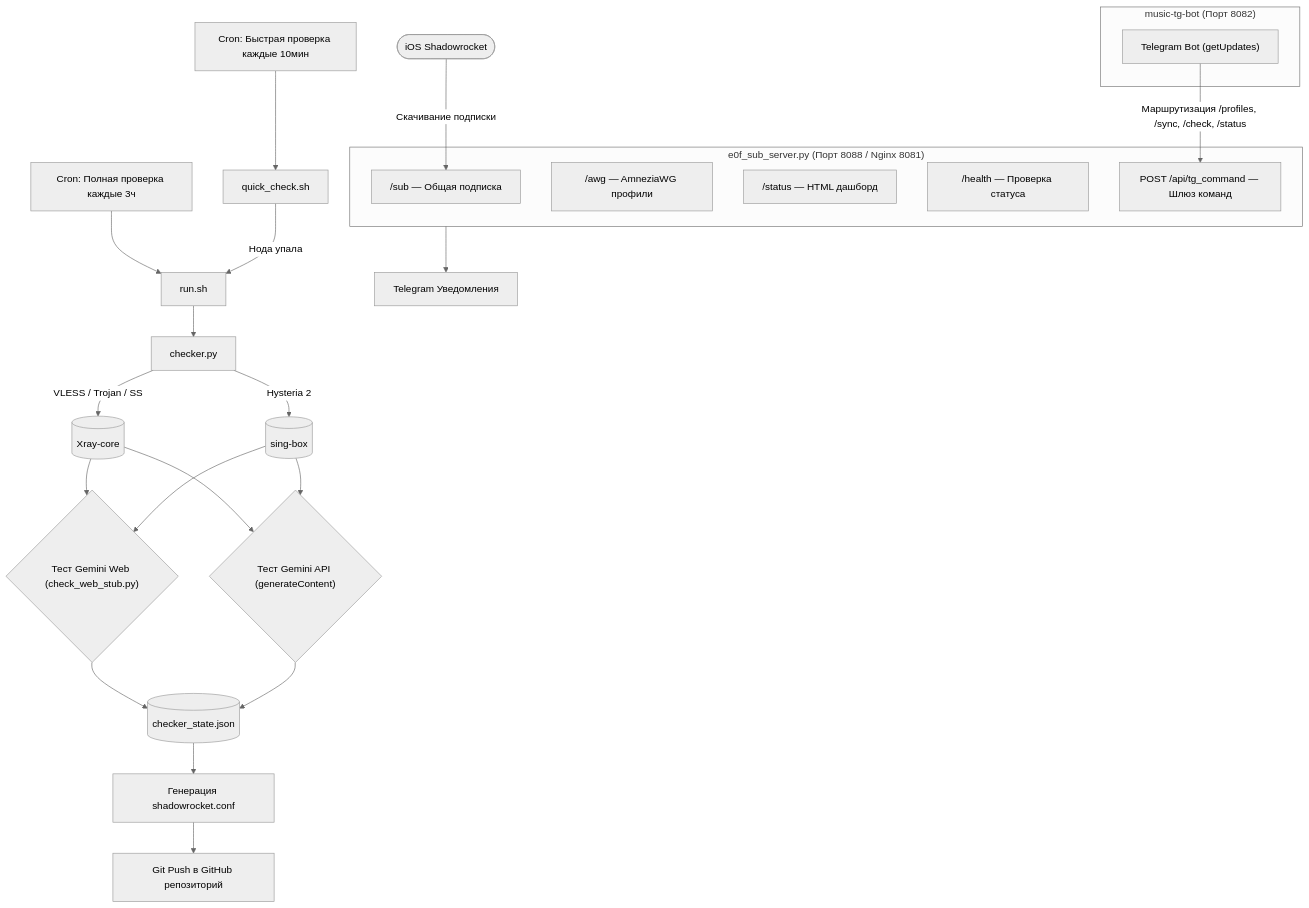
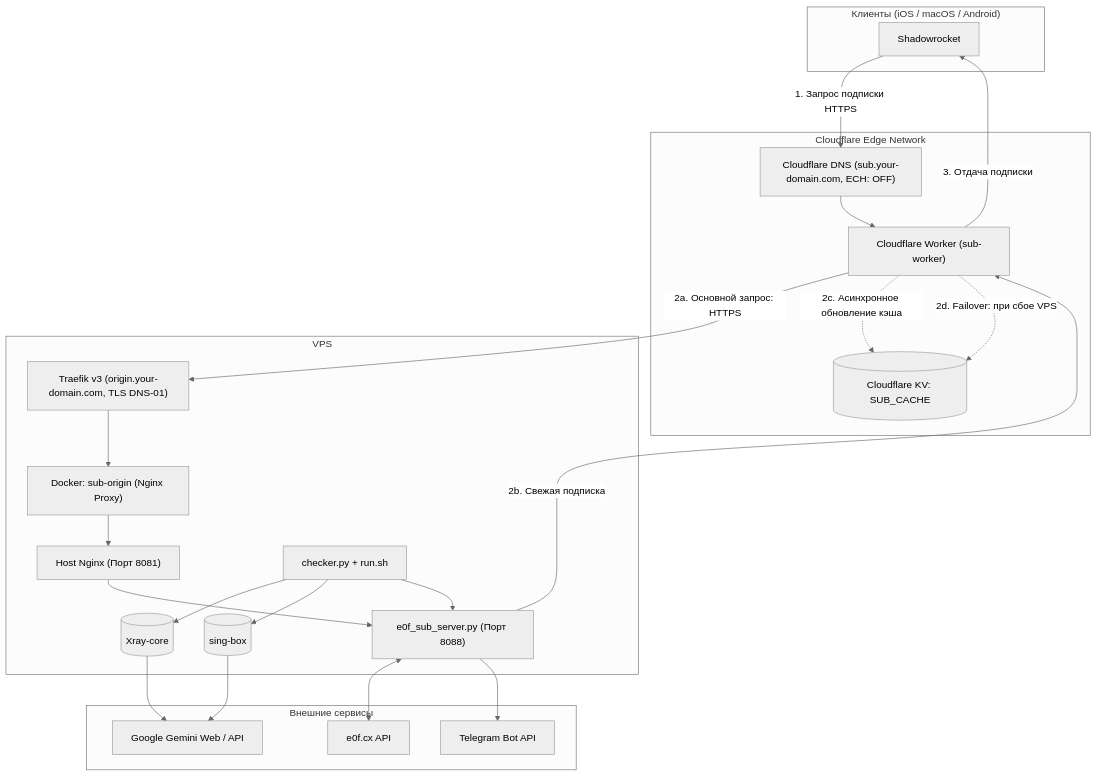
Before and after one commit to teddyxanya/Gemini-Proxy-Checker: the diagram in README.md, drawn with Mermaid (neutral theme). The commit also changed other lines of this file and 4 other files, not shown here.

Commit message:
docs: update README with Cloudflare Edge Disaster Recovery and changelog v2.3.0

````diff
--- a/README.md
+++ b/README.md
@@ -69,35 +79,45 @@
 ```mermaid
 flowchart TD
-    CronFull["Cron: Полная проверка каждые 3ч"] --> Run["run.sh"]
-    CronQuick["Cron: Быстрая проверка каждые 10мин"] --> Quick["quick_check.sh"]
-    Quick -->|Нода упала| Run
+    subgraph Clients["Клиенты (iOS / macOS / Android)"]
+        SR["Shadowrocket"]
+    end
+
+    subgraph Cloudflare["Cloudflare Edge Network"]
+        CF_DNS["Cloudflare DNS (sub.your-domain.com, ECH: OFF)"]
+        CF_Worker["Cloudflare Worker (sub-worker)"]
+        CF_KV[("Cloudflare KV: SUB_CACHE")]
+    end
+
+    subgraph VPS["VPS"]
+        Traefik["Traefik v3 (origin.your-domain.com, TLS DNS-01)"]
+        SubOrigin["Docker: sub-origin (Nginx Proxy)"]
+        HostNginx["Host Nginx (Порт 8081)"]
+        Daemon["e0f_sub_server.py (Порт 8088)"]
+        Checker["checker.py + run.sh"]
+        Xray[("Xray-core")]
+        SingBox[("sing-box")]
+    end
+
+    subgraph External["Внешние сервисы"]
+        EOF_API["e0f.cx API"]
+        GoogleAI["Google Gemini Web / API"]
+        TG_API["Telegram Bot API"]
+    end
+
+    SR -->|1. Запрос подписки HTTPS| CF_DNS
+    CF_DNS --> CF_Worker
     
-    Run --> Checker["checker.py"]
-    Checker -->|VLESS / Trojan / SS| Xray[("Xray-core")]
-    Checker -->|Hysteria 2| SingBox[("sing-box")]
+    CF_Worker -->|2a. Основной запрос: HTTPS| Traefik
+    Traefik --> SubOrigin --> HostNginx --> Daemon
+    Daemon -->|2b. Свежая подписка| CF_Worker
+    CF_Worker -.->|2c. Асинхронное обновление кэша| CF_KV
     
-    Xray --> TestWeb{"Тест Gemini Web (check_web_stub.py)"}
-    SingBox --> TestWeb
-    Xray --> TestAPI{"Тест Gemini API (generateContent)"}
-    SingBox --> TestAPI
-    
-    TestWeb & TestAPI --> State[("checker_state.json")]
-    State --> GenConf["Генерация shadowrocket.conf"]
-    GenConf --> GitPush["Git Push в GitHub репозиторий"]
-    
-    subgraph Daemon["e0f_sub_server.py (Порт 8088 / Nginx 8081)"]
-        SubAPI["/sub — Общая подписка"]
-        AWGAPI["/awg — AmneziaWG профили"]
-        StatusWeb["/status — HTML дашборд"]
-        HealthAPI["/health — Проверка статуса"]
-        TGCommand["POST /api/tg_command — Шлюз команд"]
-    end
-    
-    subgraph MusicBot["music-tg-bot (Порт 8082)"]
-        TGBot["Telegram Bot (getUpdates)"]
-    end
-    
-    TGBot -->|"Маршрутизация /profiles, /sync, /check, /status"| TGCommand
-    Daemon --> TGNotify["Telegram Уведомления"]
-    ShadowrocketClient(["iOS Shadowrocket"]) -->|Скачивание подписки| SubAPI
+    CF_Worker -.->|2d. Failover: при сбое VPS| CF_KV
+    CF_Worker -->|3. Отдача подписки| SR
+
+    Checker --> Xray & SingBox
+    Xray & SingBox --> GoogleAI
+    Checker --> Daemon
+    Daemon <--> EOF_API
+    Daemon --> TG_API
 ```
````
